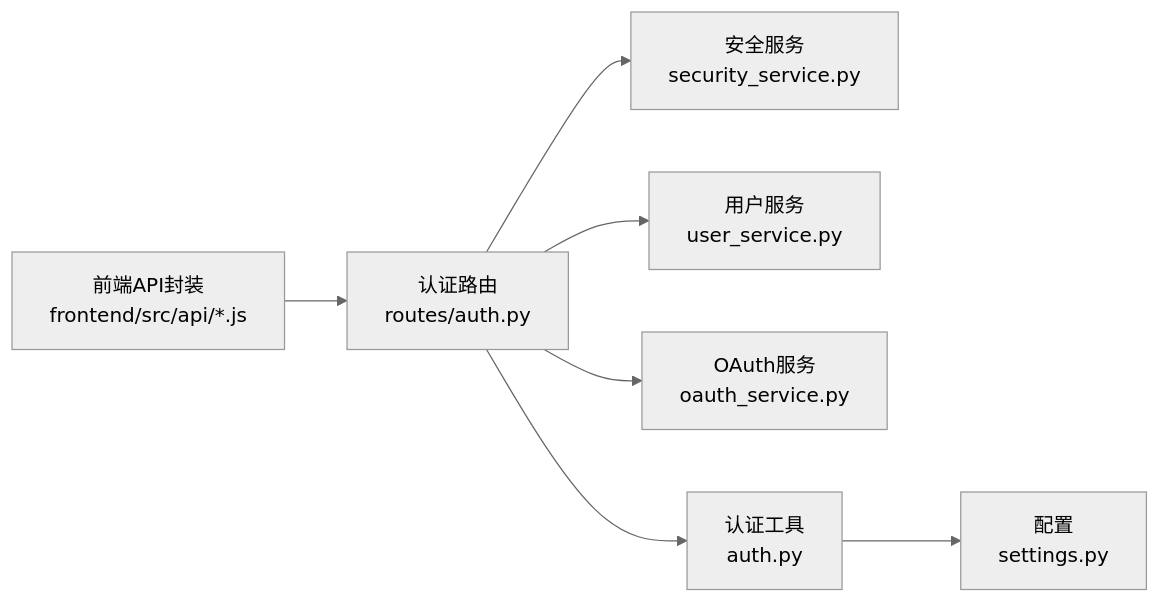
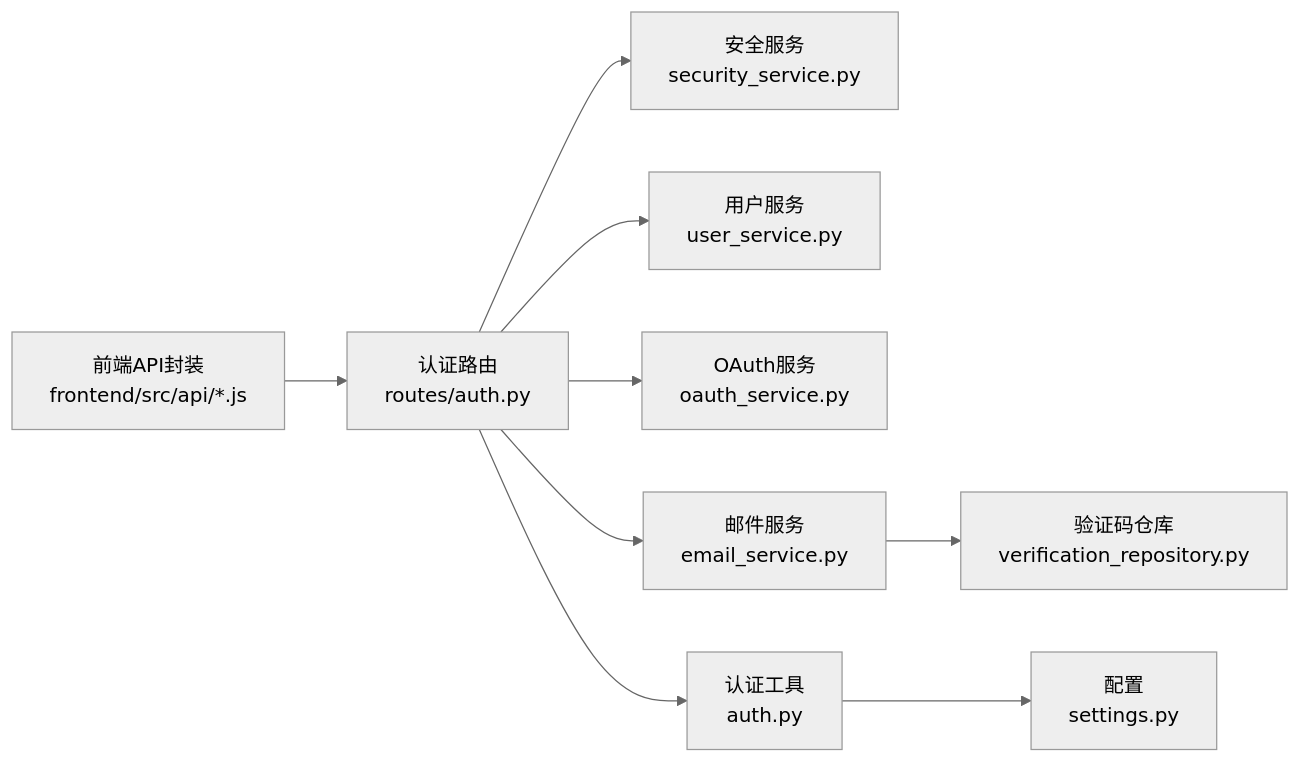
Before and after one commit to joezxh/QuantDinger: the sixth of 6 diagrams in .qoder/repowiki/zh/content/API参考文档/认证API.md, drawn with Mermaid (neutral theme). The commit also changed other lines of this file and 548 other files, not shown here.

````diff
--- a/.qoder/repowiki/zh/content/API参考文档/认证API.md
+++ b/.qoder/repowiki/zh/content/API参考文档/认证API.md
@@ -388,9 +458,11 @@
 ```mermaid
 graph LR
 FE["前端API封装<br/>frontend/src/api/*.js"] --> AUTH["认证路由<br/>routes/auth.py"]
 AUTH --> SEC["安全服务<br/>security_service.py"]
 AUTH --> US["用户服务<br/>user_service.py"]
 AUTH --> OA["OAuth服务<br/>oauth_service.py"]
+AUTH --> ES["邮件服务<br/>email_service.py"]
+ES --> VR["验证码仓库<br/>verification_repository.py"]
 AUTH --> UT["认证工具<br/>auth.py"]
 UT --> CFG["配置<br/>settings.py"]
 ```
````
